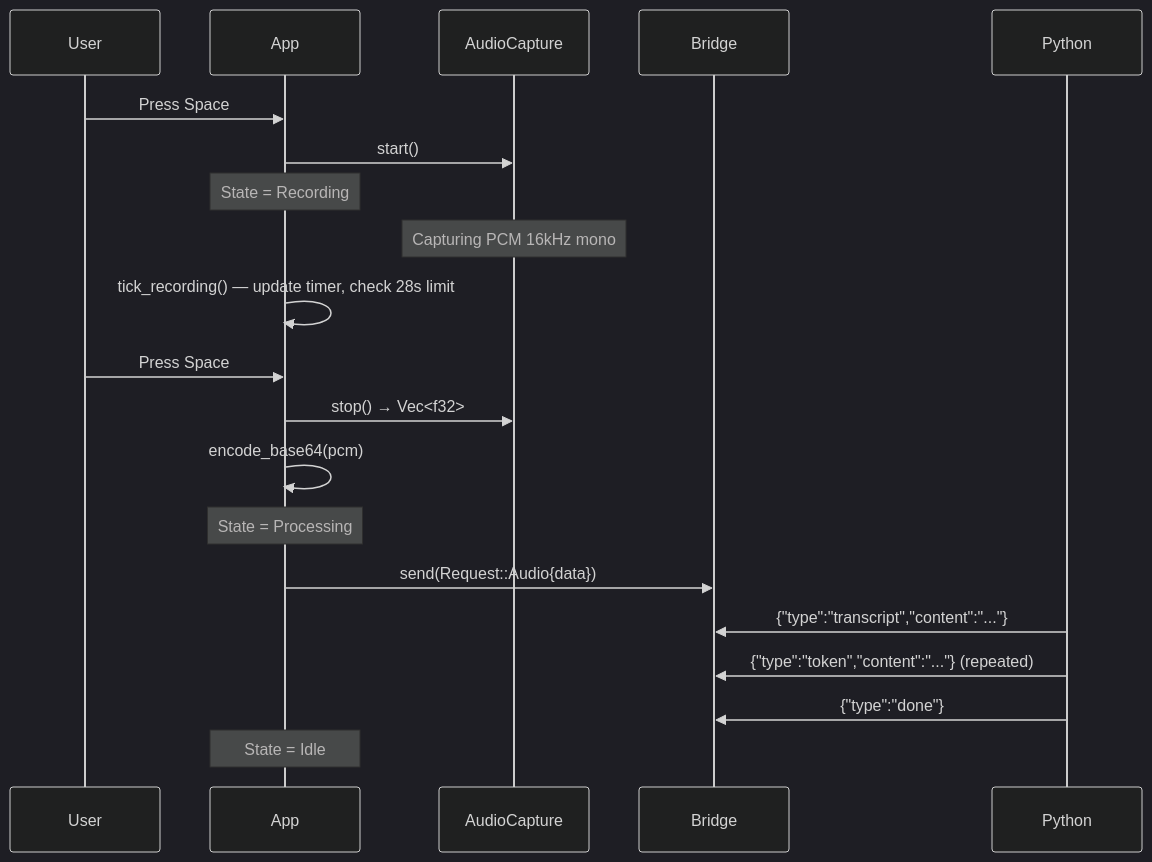
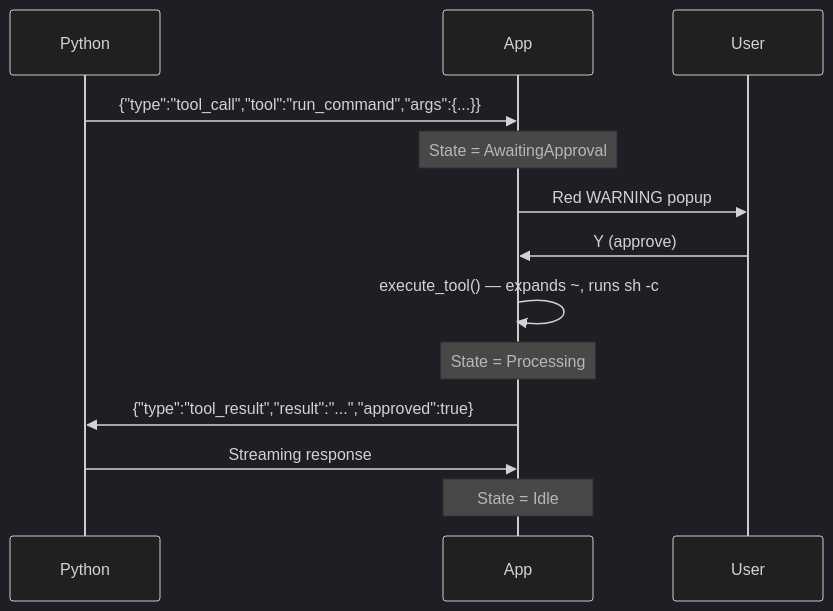
Before and after one commit to zixma13/terminator: the third of 5 diagrams in .agents/summary/workflows.md, drawn with Mermaid (dark theme). The commit also changed other lines of this file and 9 other files, not shown here.

````diff
--- a/.agents/summary/workflows.md
+++ b/.agents/summary/workflows.md
@@ -53,23 +53,16 @@
 ```mermaid
 sequenceDiagram
+    participant P as Python
+    participant App as App
     participant U as User
-    participant App as App
-    participant Mic as AudioCapture
-    participant B as Bridge
-    participant P as Python
 
-    U->>App: Press Space
-    App->>Mic: start()
-    Note over App: State = Recording
-    Note over Mic: Capturing PCM 16kHz mono
-    App->>App: tick_recording() — update timer, check 28s limit
-    U->>App: Press Space
-    App->>Mic: stop() → Vec<f32>
-    App->>App: encode_base64(pcm)
+    P->>App: {"type":"tool_call","tool":"run_command","args":{...}}
+    Note over App: State = AwaitingApproval
+    App->>U: Red WARNING popup
+    U->>App: Y (approve)
+    App->>App: execute_tool() — expands ~, runs sh -c
     Note over App: State = Processing
-    App->>B: send(Request::Audio{data})
-    P->>B: {"type":"transcript","content":"..."}
-    P->>B: {"type":"token","content":"..."} (repeated)
-    P->>B: {"type":"done"}
+    App->>P: {"type":"tool_result","result":"...","approved":true}
+    P->>App: Streaming response
     Note over App: State = Idle
 ```
````
